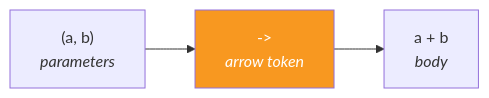
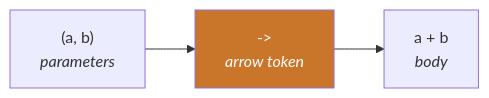
The first of 2 diagrams in src/Theory/12-Java-8-Features/03-Lambda-Expressions.md (kundankumarsharma56/Leaning-Java), drawn with Mermaid before and after one commit. The commit also changed other lines of this file and 84 other files, not shown here.

````diff
--- a/src/Theory/12-Java-8-Features/03-Lambda-Expressions.md
+++ b/src/Theory/12-Java-8-Features/03-Lambda-Expressions.md
@@ -21,5 +21,5 @@
 ```mermaid
 flowchart LR
     P["(a, b)<br/><i>parameters</i>"] --> AR["-><br/><i>arrow token</i>"] --> B["a + b<br/><i>body</i>"]
-    style AR fill:#f89820,color:#fff
+    style AR fill:#c9762a,color:#fff
 ```
````
